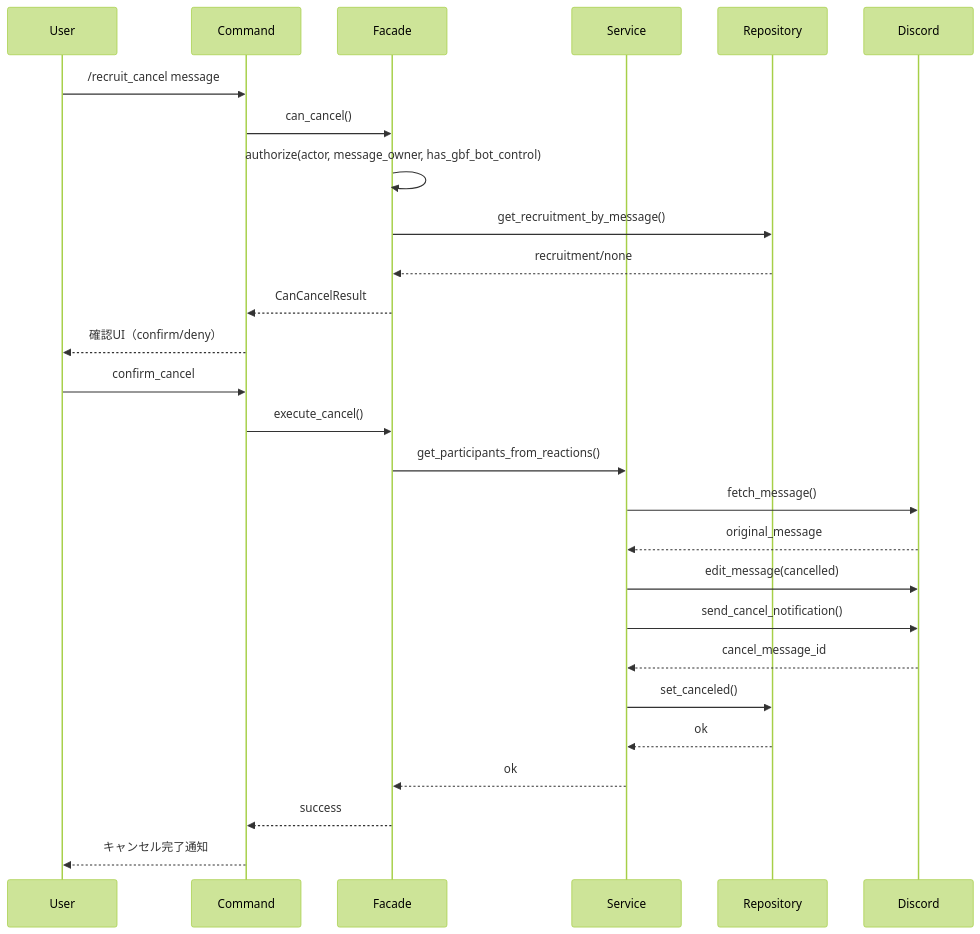
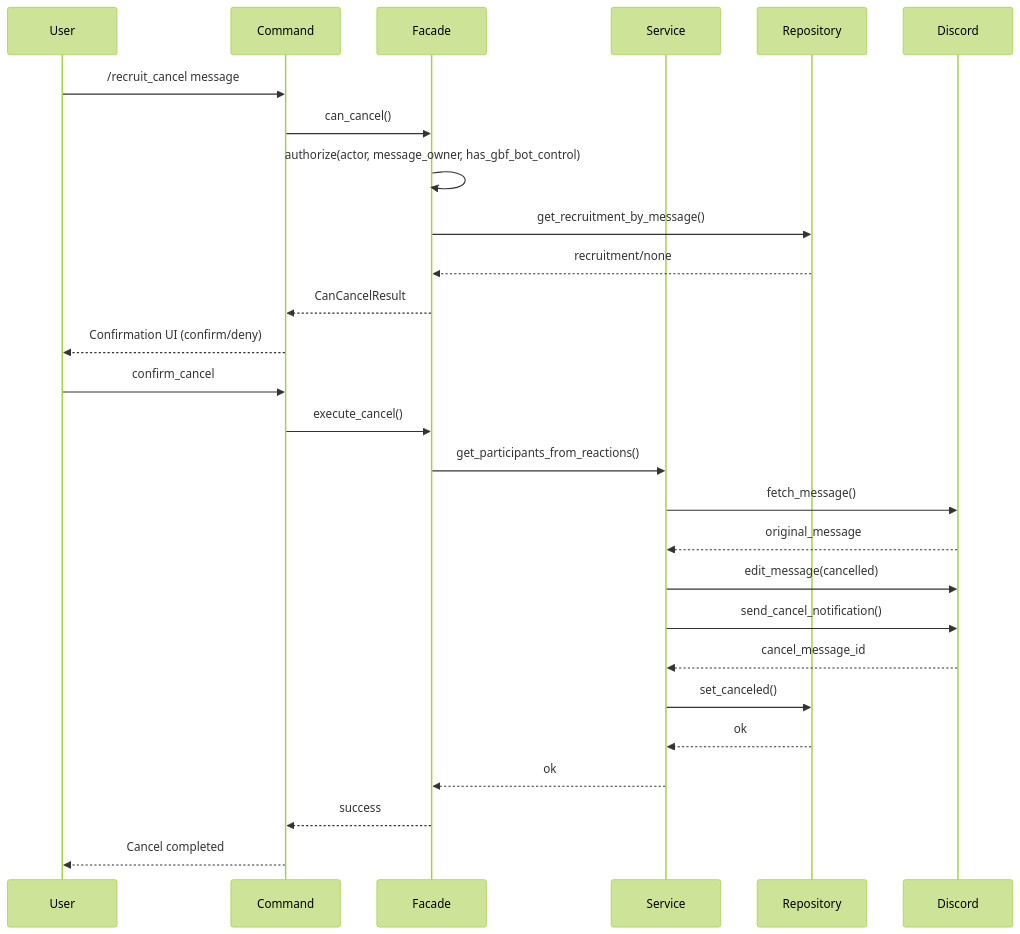
Before and after one commit to varubogu/gbf_discord_bot_rs: the second of 3 diagrams in docs/en/開発者向け/06_機能仕様/マルチ募集.md, drawn with Mermaid (forest theme). The commit also changed other lines of this file and 113 other files, not shown here.

````diff
--- a/docs/en/開発者向け/06_機能仕様/マルチ募集.md
+++ b/docs/en/開発者向け/06_機能仕様/マルチ募集.md
@@ -316,30 +317,30 @@
 ```mermaid
 sequenceDiagram
     participant U as User
     participant C as Command
     participant F as Facade
     participant S as Service
     participant R as Repository
     participant D as Discord
 
     U->>C: /recruit_cancel message
     C->>F: can_cancel()
     F->>F: authorize(actor, message_owner, has_gbf_bot_control)
     F->>R: get_recruitment_by_message()
     R-->>F: recruitment/none
     F-->>C: CanCancelResult
-    C-->>U: 確認UI（confirm/deny）
+    C-->>U: Confirmation UI (confirm/deny)
     U->>C: confirm_cancel
     C->>F: execute_cancel()
     F->>S: get_participants_from_reactions()
     S->>D: fetch_message()
     D-->>S: original_message
     S->>D: edit_message(cancelled)
     S->>D: send_cancel_notification()
     D-->>S: cancel_message_id
     S->>R: set_canceled()
     R-->>S: ok
     S-->>F: ok
     F-->>C: success
-    C-->>U: キャンセル完了通知
+    C-->>U: Cancel completed
 ```
````
